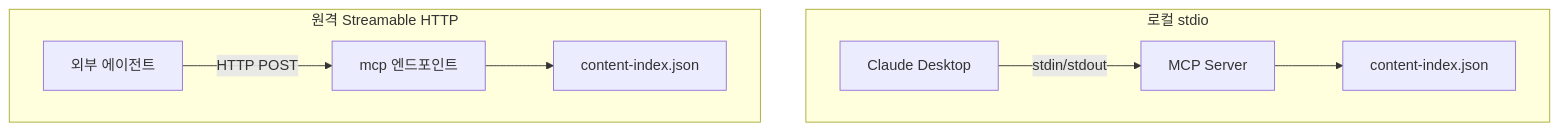
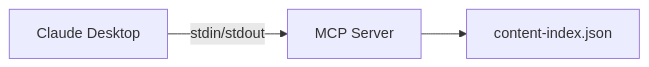
Before and after one commit to bborok1234/mirlim.blog: the first of 2 diagrams in src/content/blog/mcp-on-personal-blog.md, drawn with Mermaid. The commit also changed other lines of this file, not shown here.

Commit message:
fix: MCP transport 다이어그램 subgraph → 별도 다이어그램 분리
subgraph direction 지시자가 mermaid에서 제대로 동작하지 않아
로컬/원격을 각각 별도 다이어그램으로 분리.

````diff
--- a/src/content/blog/mcp-on-personal-blog.md
+++ b/src/content/blog/mcp-on-personal-blog.md
@@ -60,13 +62,4 @@
 ```mermaid
-graph TD
-  subgraph LOCAL["로컬 stdio"]
-    direction LR
-    C1["Claude Desktop"] -->|"stdin/stdout"| S1["MCP Server"]
-    S1 --> D1["content-index.json"]
-  end
-  subgraph REMOTE["원격 Streamable HTTP"]
-    direction LR
-    C2["외부 에이전트"] -->|"HTTP POST"| S2["mcp 엔드포인트"]
-    S2 --> D2["content-index.json"]
-  end
+graph LR
+  C1["Claude Desktop"] -->|"stdin/stdout"| S1["MCP Server"] --> D1["content-index.json"]
 ```
````
